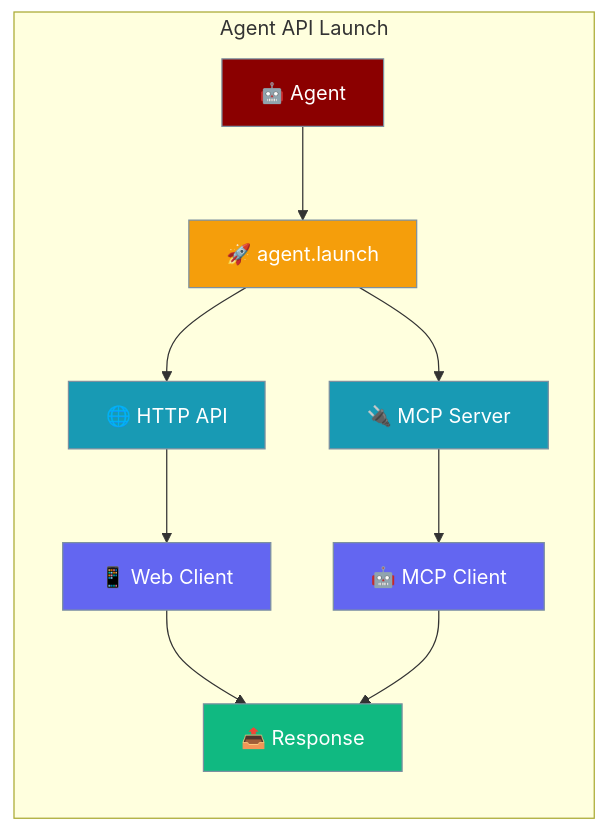
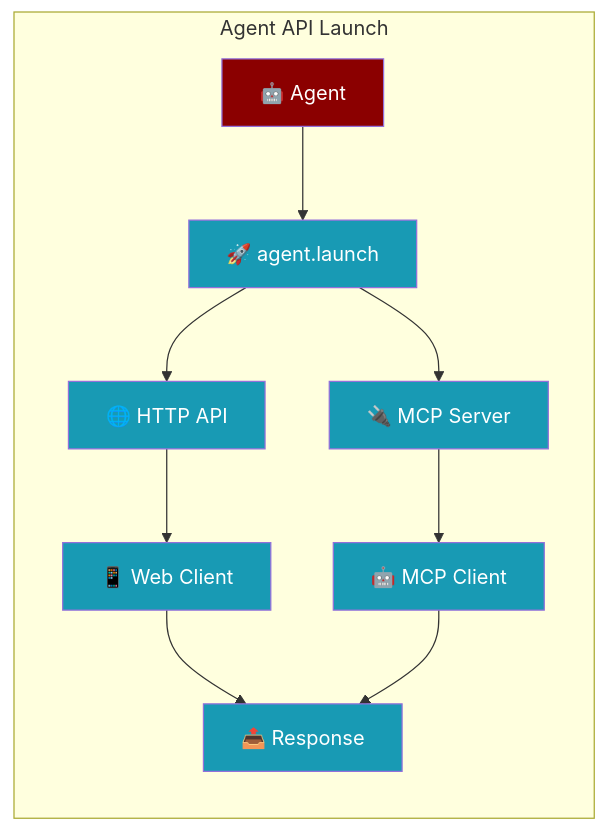
The diagram in docs/features/agent-api-launch.mdx (MervinPraison/PraisonAIDocs), drawn with Mermaid before and after one commit. The commit also changed 24 other files, not shown here.

````diff
--- a/docs/features/agent-api-launch.mdx
+++ b/docs/features/agent-api-launch.mdx
@@ -9,24 +9,18 @@
 ```mermaid
 graph LR
     subgraph "Agent API Launch"
         Agent[🤖 Agent] --> Launch[🚀 agent.launch]
         Launch --> HTTP[🌐 HTTP API]
         Launch --> MCP[🔌 MCP Server]
         HTTP --> Client[📱 Web Client]
         MCP --> MCPClient[🤖 MCP Client]
         Client --> Response[📤 Response]
         MCPClient --> Response
     end
 
-    classDef agent fill:#8B0000,stroke:#7C90A0,color:#fff
-    classDef launch fill:#F59E0B,stroke:#7C90A0,color:#fff
-    classDef protocol fill:#189AB4,stroke:#7C90A0,color:#fff
-    classDef client fill:#6366F1,stroke:#7C90A0,color:#fff
-    classDef result fill:#10B981,stroke:#7C90A0,color:#fff
+    classDef agent fill:#8B0000,color:#fff
+    classDef tool fill:#189AB4,color:#fff
 
     class Agent agent
-    class Launch launch
-    class HTTP,MCP protocol
-    class Client,MCPClient client
-    class Response result
+    class Launch,HTTP,MCP,Client,MCPClient,Response tool
 ```
````
